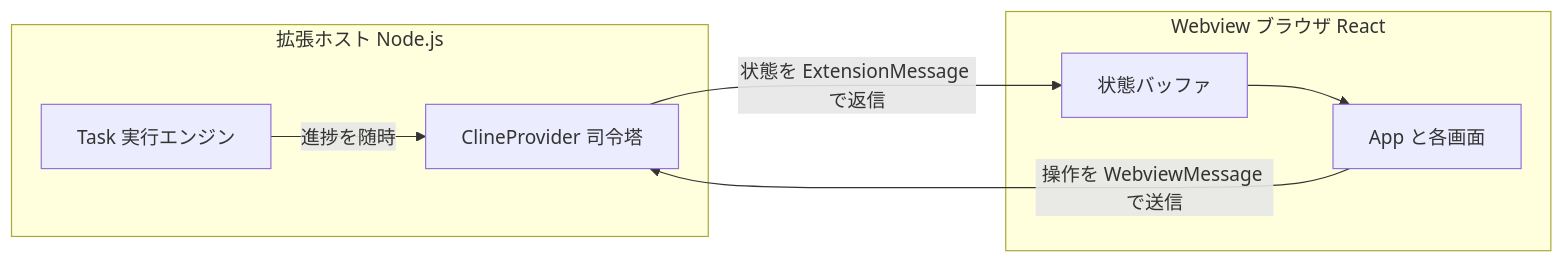
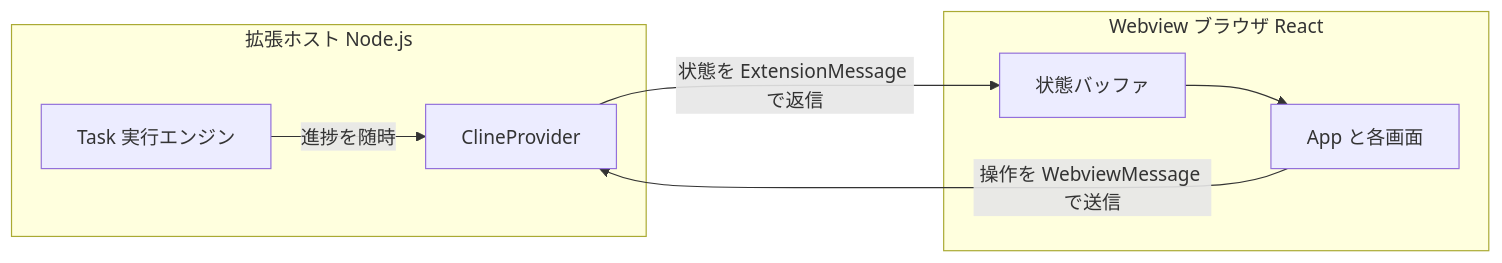
Before and after one commit to zero-platform-lab/local-code-agent: the first of 3 diagrams in docs/webview.md, drawn with Mermaid. The commit also changed other lines of this file and 8 other files, not shown here.

````diff
--- a/docs/webview.md
+++ b/docs/webview.md
@@ -28,15 +28,15 @@
 ```mermaid
 flowchart LR
     subgraph Host [拡張ホスト Node.js]
-        CP[ClineProvider 司令塔]
+        CP[ClineProvider]
         Task[Task 実行エンジン]
     end
     subgraph WV [Webview ブラウザ React]
         App[App と各画面]
         Ctx[状態バッファ]
     end
     App -- 操作を WebviewMessage で送信 --> CP
     CP -- 状態を ExtensionMessage で返信 --> Ctx
     Ctx --> App
     Task -- 進捗を随時 --> CP
 ```
````
